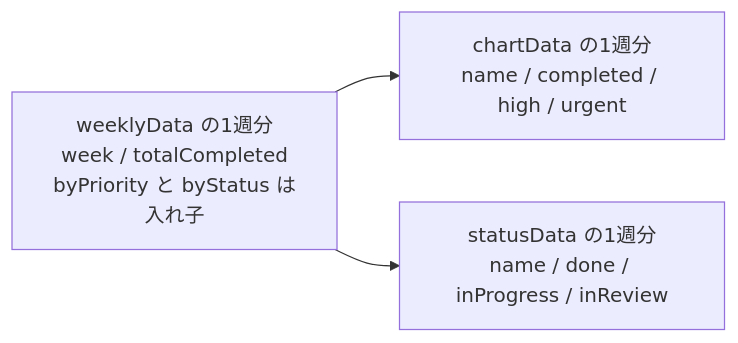
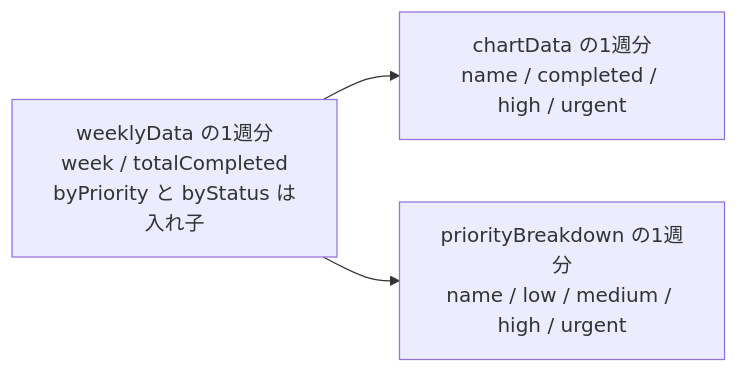
Before and after one commit to kouiso/task-app: the second of 2 diagrams in material/30days-curriculum/day23_週次レポート.md, drawn with Mermaid. The commit also changed other lines of this file and 16 other files, not shown here.

````diff
--- a/material/30days-curriculum/day23_週次レポート.md
+++ b/material/30days-curriculum/day23_週次レポート.md
@@ -899,6 +911,6 @@
 ```mermaid
 flowchart LR
     W["weeklyData の1週分<br/>week / totalCompleted<br/>byPriority と byStatus は入れ子"]
     W --> C["chartData の1週分<br/>name / completed / high / urgent"]
-    W --> S["statusData の1週分<br/>name / done / inProgress / inReview"]
+    W --> S["priorityBreakdown の1週分<br/>name / low / medium / high / urgent"]
 ```
````
